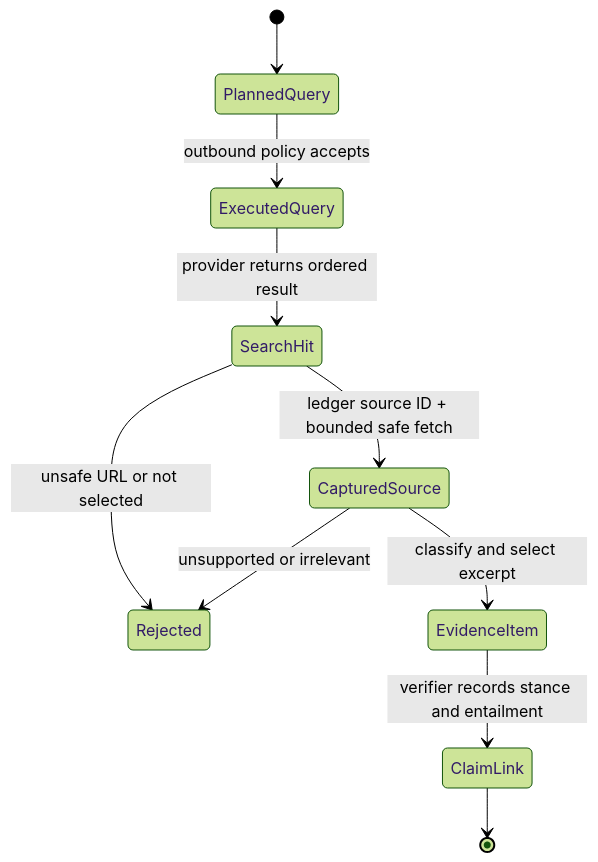
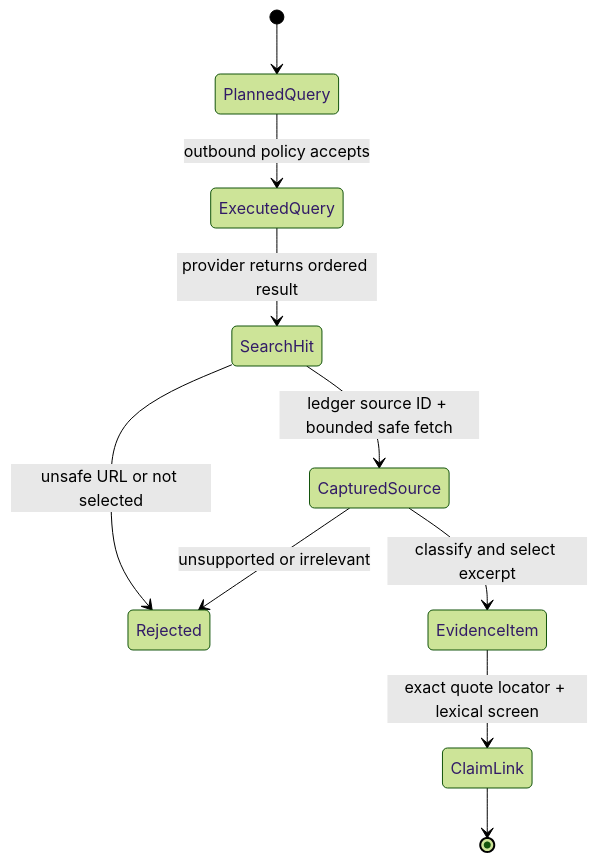
Before and after one commit to sw30labs/PorterForcesAI: the first of 2 diagrams in docs/technical/adr/002-evidence-snapshot-boundary.md, drawn with Mermaid (forest theme). The commit also changed other lines of this file and 14 other files, not shown here.

````diff
--- a/docs/technical/adr/002-evidence-snapshot-boundary.md
+++ b/docs/technical/adr/002-evidence-snapshot-boundary.md
@@ -33,12 +49,12 @@
 ```mermaid
 stateDiagram-v2
     [*] --> PlannedQuery
     PlannedQuery --> ExecutedQuery: outbound policy accepts
     ExecutedQuery --> SearchHit: provider returns ordered result
     SearchHit --> Rejected: unsafe URL or not selected
     SearchHit --> CapturedSource: ledger source ID + bounded safe fetch
     CapturedSource --> Rejected: unsupported or irrelevant
     CapturedSource --> EvidenceItem: classify and select excerpt
-    EvidenceItem --> ClaimLink: verifier records stance and entailment
+    EvidenceItem --> ClaimLink: exact quote locator + lexical screen
     ClaimLink --> [*]
 ```
````
